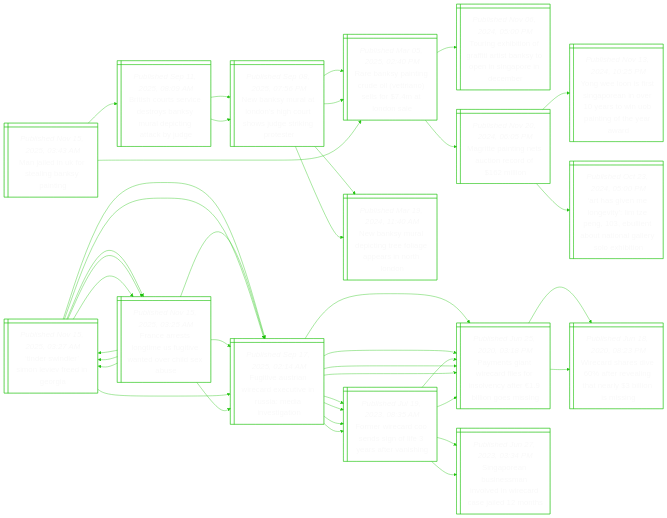
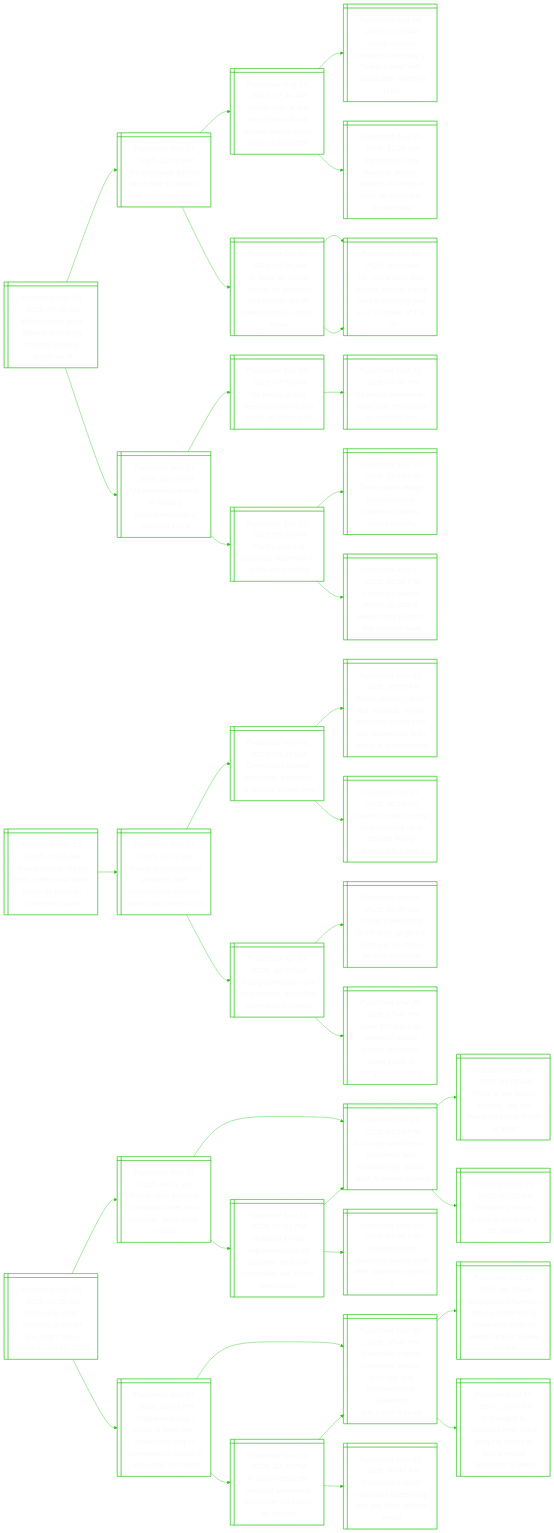
The diagram in README.md (notJmes/notJmes), drawn with Mermaid before and after one commit. The commit also changed other lines of this file, not shown here.

````diff
--- a/README.md
+++ b/README.md
@@ -16,130 +16,118 @@
 flowchart LR
 classDef txtsize font-size:20px;
 
-Minrlapi@{ shape: win-pane, label: "_Published Nov 15, 2025, 03:43 AM_
-Man jailed in uk for stealing banksy painting" }
-Bsrrdonueitye@{ shape: win-pane, label: "_Published Sep 11, 2025, 08:09 AM_
-British courts service destroys banksy mural depicting attack by judge" }
-Nnutogrwgips@{ shape: win-pane, label: "_Published Sep 08, 2025, 07:56 PM_
-New banksy mural at london’s high court shows judge striking protester" }
-Rapiulrsftoe@{ shape: win-pane, label: "_Published Mar 05, 2025, 02:40 PM_
-Rare banksy painting crude oil (vettriano) sells for $7.4m at london sale" }
-Nnueieipsrn@{ shape: win-pane, label: "_Published Mar 19, 2024, 11:40 AM_
-New banksy mural depicting tree foliage appears in north london" }
-Nnutogrwgips@{ shape: win-pane, label: "_Published Sep 08, 2025, 07:56 PM_
-New banksy mural at london’s high court shows judge striking protester" }
-Rapiulrsftoe@{ shape: win-pane, label: "_Published Mar 05, 2025, 02:40 PM_
-Rare banksy painting crude oil (vettriano) sells for $7.4m at london sale" }
-Nnueieipsrn@{ shape: win-pane, label: "_Published Mar 19, 2024, 11:40 AM_
-New banksy mural depicting tree foliage appears in north london" }
-Rapiulrsftoe@{ shape: win-pane, label: "_Published Mar 05, 2025, 02:40 PM_
-Rare banksy painting crude oil (vettriano) sells for $7.4m at london sale" }
-Tniortinoigecr@{ shape: win-pane, label: "_Published Nov 06, 2024, 05:00 PM_
-Touring exhibition of graffiti artist banksy to open in singapore in december" }
-Mtigaoomo@{ shape: win-pane, label: "_Published Nov 20, 2024, 06:05 PM_
-Magritte painting nets auction record of $162 million" }
-YenrnrnytUigea@{ shape: win-pane, label: "_Published Nov 13, 2024, 10:25 PM_
-Yong wee loon is first singaporean in over 10 years to win uob painting of the year award" }
-AsnntTnlttoayei@{ shape: win-pane, label: "_Published Oct 23, 2024, 05:00 PM_
-‘art has given me longevity’: lim tze peng, 103, ebullient about national gallery solo exhibition" }
+WHslalCsitt@{ shape: win-pane, label: "_Published Nov 15, 2025, 07:45 AM_
+White house says alibaba is helping chinese military target us: ft" }
+UrmsoafuT@{ shape: win-pane, label: "_Published Nov 14, 2025, 12:59 PM_
+Us approves $429m arms sale to taiwan, the first under trump" }
+Tsihiliealsen@{ shape: win-pane, label: "_Published Aug 16, 2025, 07:44 AM_
+Trump says xi told him china will not invade taiwan while he is us president" }
+TaeaZsmdisfegn@{ shape: win-pane, label: "_Published Aug 16, 2025, 07:20 AM_
+Trump advises ukraine’s zelensky to ‘make a deal’ with russia after meeting putin" }
+Asoeoawanawwns@{ shape: win-pane, label: "_Published Aug 15, 2025, 11:29 AM_
+Aggression only leads to defeat, taiwan’s lai ching-te says on world war anniversary" }
+XsioenneseuSK@{ shape: win-pane, label: "_Published Oct 30, 2025, 10:36 AM_
+Xi says us, china ‘should be partners and friends’ as he meets trump in south korea" }
+Unloehmsewne@{ shape: win-pane, label: "_Published Oct 30, 2025, 10:01 AM_
+Us, china seal deal on rare earths; trump says xi meeting was a 12 on scale of 1 to 10" }
+Unloehmsewne@{ shape: win-pane, label: "_Published Oct 30, 2025, 10:01 AM_
+Us, china seal deal on rare earths; trump says xi meeting was a 12 on scale of 1 to 10" }
+Umwoimdagwh@{ shape: win-pane, label: "_Published Sep 23, 2025, 02:07 PM_
+Us lawmaker warns of military ‘misunderstanding’ risk with china" }
+Usutmikois@{ shape: win-pane, label: "_Published Sep 22, 2025, 07:59 AM_
+Us house group meets premier li as it kicks off china visit" }
+Usmsrhioit@{ shape: win-pane, label: "_Published Sep 21, 2025, 04:46 PM_
+Us house lawmakers make rare china visit to stabilise ties" }
+Piibefintl@{ shape: win-pane, label: "_Published Sep 23, 2025, 05:00 AM_
+Pacific policing becomes new front in china-west rivalry" }
+Cpsarliosssi@{ shape: win-pane, label: "_Published Sep 12, 2025, 02:14 PM_
+China pilots village surveillance in solomon islands, seeks stability" }
+SoalUnwoitlat@{ shape: win-pane, label: "_Published Aug 07, 2025, 05:36 PM_
+Solomon islands blocks us, china, taiwan from pacific’s top political meet" }
 
-Minrlapi:::txtsize --> Bsrrdonueitye:::txtsize
-Bsrrdonueitye:::txtsize --> Nnutogrwgips:::txtsize
-Nnutogrwgips:::txtsize --> Rapiulrsftoe:::txtsize
-Nnutogrwgips:::txtsize --> Nnueieipsrn:::txtsize
-Bsrrdonueitye:::txtsize --> Nnutogrwgips:::txtsize
-Nnutogrwgips:::txtsize --> Rapiulrsftoe:::txtsize
-Nnutogrwgips:::txtsize --> Nnueieipsrn:::txtsize
-Minrlapi:::txtsize --> Rapiulrsftoe:::txtsize
-Rapiulrsftoe:::txtsize --> Tniortinoigecr:::txtsize
-Rapiulrsftoe:::txtsize --> Mtigaoomo:::txtsize
-Mtigaoomo:::txtsize --> YenrnrnytUigea:::txtsize
-Mtigaoomo:::txtsize --> AsnntTnlttoayei:::txtsize
+WHslalCsitt:::txtsize --> UrmsoafuT:::txtsize
+UrmsoafuT:::txtsize --> Tsihiliealsen:::txtsize
+Tsihiliealsen:::txtsize --> TaeaZsmdisfegn:::txtsize
+Tsihiliealsen:::txtsize --> Asoeoawanawwns:::txtsize
+UrmsoafuT:::txtsize --> XsioenneseuSK:::txtsize
+XsioenneseuSK:::txtsize --> Unloehmsewne:::txtsize
+XsioenneseuSK:::txtsize --> Unloehmsewne:::txtsize
+WHslalCsitt:::txtsize --> Umwoimdagwh:::txtsize
+Umwoimdagwh:::txtsize --> Usutmikois:::txtsize
+Usutmikois:::txtsize --> Usmsrhioit:::txtsize
+Umwoimdagwh:::txtsize --> Piibefintl:::txtsize
+Piibefintl:::txtsize --> Cpsarliosssi:::txtsize
+Piibefintl:::txtsize --> SoalUnwoitlat:::txtsize
 
-Trdiefir@{ shape: win-pane, label: "_Published Nov 15, 2025, 03:27 AM_
-‘tinder swindler’ simon leviev freed in georgia" }
-Fesnegeerdb@{ shape: win-pane, label: "_Published Nov 15, 2025, 03:25 AM_
-France arrests longtime us fugitive wanted over child sex abuse" }
-Trdiefir@{ shape: win-pane, label: "_Published Nov 15, 2025, 03:27 AM_
-‘tinder swindler’ simon leviev freed in georgia" }
-Fesnegeerdb@{ shape: win-pane, label: "_Published Nov 15, 2025, 03:25 AM_
-France arrests longtime us fugitive wanted over child sex abuse" }
-FisncxiRaast@{ shape: win-pane, label: "_Published Sep 17, 2025, 02:14 AM_
-Fugitive austrian wirecard executive in russia: media investigation" }
-FisncxiRaast@{ shape: win-pane, label: "_Published Sep 17, 2025, 02:14 AM_
-Fugitive austrian wirecard executive in russia: media investigation" }
-Pnardsnefinmn@{ shape: win-pane, label: "_Published Jun 25, 2020, 03:18 PM_
-Payments giant wirecard files for insolvency after €1.9 billion goes missing" }
-FrcOdnfreig@{ shape: win-pane, label: "_Published Jul 19, 2023, 08:35 AM_
-Former wirecard coo sends sign of life 3 years after vanishing" }
-FisncxiRaast@{ shape: win-pane, label: "_Published Sep 17, 2025, 02:14 AM_
-Fugitive austrian wirecard executive in russia: media investigation" }
-Pnardsnefinmn@{ shape: win-pane, label: "_Published Jun 25, 2020, 03:18 PM_
-Payments giant wirecard files for insolvency after €1.9 billion goes missing" }
-Waaitvntllsi@{ shape: win-pane, label: "_Published Jun 18, 2020, 08:23 PM_
-Wirecard shares dive 60% after revealing that nearly $3 billion is missing" }
-FrcOdnfreig@{ shape: win-pane, label: "_Published Jul 19, 2023, 08:35 AM_
-Former wirecard coo sends sign of life 3 years after vanishing" }
-Pnardsnefinmn@{ shape: win-pane, label: "_Published Jun 25, 2020, 03:18 PM_
-Payments giant wirecard files for insolvency after €1.9 billion goes missing" }
-Spnnaoiecams@{ shape: win-pane, label: "_Published Jun 27, 2023, 03:34 PM_
-Singaporean businessman involved in wirecard case jailed 12 months" }
+Tcasefdrsfocm@{ shape: win-pane, label: "_Published Nov 15, 2025, 07:18 AM_
+Trump cuts tariffs on beef, coffee and other foods as inflation concerns mount" }
+Taitreieoblfri@{ shape: win-pane, label: "_Published Nov 14, 2025, 10:11 AM_
+Trump administration prepares tariff exemptions in bid to lower food prices in us" }
+Drwialosdp@{ shape: win-pane, label: "_Published Nov 05, 2025, 09:46 AM_
+Democrats sweep first major elections of second trump term" }
+YMmnoihaiYilehpea@{ shape: win-pane, label: "_Published Nov 05, 2025, 10:55 AM_
+Young, muslim, asian and socialist: zohran mamdani’s new york win challenges both trump and democrats" }
+Ctywmaeiseary@{ shape: win-pane, label: "_Published Jul 15, 2025, 06:24 AM_
+Cuomo to stay in new york mayoral race despite losing democratic primary" }
+Ttfevhniiiss@{ shape: win-pane, label: "_Published Apr 03, 2025, 11:10 AM_
+Trump tariffs take aim everywhere, including uninhabited islands" }
+Tspaspadanop@{ shape: win-pane, label: "_Published Apr 03, 2025, 04:47 AM_
+Trump’s sweeping tariffs amp up global trade war as china, eu vow response" }
+OiaeqsenonBoH@{ shape: win-pane, label: "_Published Mar 28, 2025, 02:47 PM_
+Over 153 killed as powerful quake strikes myanmar, sows panic in bangkok and hanoi" }
 
-Trdiefir:::txtsize --> Fesnegeerdb:::txtsize
-Fesnegeerdb:::txtsize --> Trdiefir:::txtsize
-Trdiefir:::txtsize --> Fesnegeerdb:::txtsize
-Trdiefir:::txtsize --> FisncxiRaast:::txtsize
-Fesnegeerdb:::txtsize --> FisncxiRaast:::txtsize
-FisncxiRaast:::txtsize --> Pnardsnefinmn:::txtsize
-FisncxiRaast:::txtsize --> FrcOdnfreig:::txtsize
-Trdiefir:::txtsize --> FisncxiRaast:::txtsize
-FisncxiRaast:::txtsize --> Pnardsnefinmn:::txtsize
-Pnardsnefinmn:::txtsize --> Waaitvntllsi:::txtsize
-FisncxiRaast:::txtsize --> FrcOdnfreig:::txtsize
-FrcOdnfreig:::txtsize --> Pnardsnefinmn:::txtsize
-FrcOdnfreig:::txtsize --> Spnnaoiecams:::txtsize
+Tcasefdrsfocm:::txtsize --> Taitreieoblfri:::txtsize
+Taitreieoblfri:::txtsize --> Drwialosdp:::txtsize
+Drwialosdp:::txtsize --> YMmnoihaiYilehpea:::txtsize
+Drwialosdp:::txtsize --> Ctywmaeiseary:::txtsize
+Taitreieoblfri:::txtsize --> Ttfevhniiiss:::txtsize
+Ttfevhniiiss:::txtsize --> Tspaspadanop:::txtsize
+Ttfevhniiiss:::txtsize --> OiaeqsenonBoH:::txtsize
 
-Fesnegeerdb@{ shape: win-pane, label: "_Published Nov 15, 2025, 03:25 AM_
-France arrests longtime us fugitive wanted over child sex abuse" }
-Trdiefir@{ shape: win-pane, label: "_Published Nov 15, 2025, 03:27 AM_
-‘tinder swindler’ simon leviev freed in georgia" }
-Fesnegeerdb@{ shape: win-pane, label: "_Published Nov 15, 2025, 03:25 AM_
-France arrests longtime us fugitive wanted over child sex abuse" }
-Trdiefir@{ shape: win-pane, label: "_Published Nov 15, 2025, 03:27 AM_
-‘tinder swindler’ simon leviev freed in georgia" }
-FisncxiRaast@{ shape: win-pane, label: "_Published Sep 17, 2025, 02:14 AM_
-Fugitive austrian wirecard executive in russia: media investigation" }
-FisncxiRaast@{ shape: win-pane, label: "_Published Sep 17, 2025, 02:14 AM_
-Fugitive austrian wirecard executive in russia: media investigation" }
-Pnardsnefinmn@{ shape: win-pane, label: "_Published Jun 25, 2020, 03:18 PM_
-Payments giant wirecard files for insolvency after €1.9 billion goes missing" }
-FrcOdnfreig@{ shape: win-pane, label: "_Published Jul 19, 2023, 08:35 AM_
-Former wirecard coo sends sign of life 3 years after vanishing" }
-FisncxiRaast@{ shape: win-pane, label: "_Published Sep 17, 2025, 02:14 AM_
-Fugitive austrian wirecard executive in russia: media investigation" }
-Pnardsnefinmn@{ shape: win-pane, label: "_Published Jun 25, 2020, 03:18 PM_
-Payments giant wirecard files for insolvency after €1.9 billion goes missing" }
-Waaitvntllsi@{ shape: win-pane, label: "_Published Jun 18, 2020, 08:23 PM_
-Wirecard shares dive 60% after revealing that nearly $3 billion is missing" }
-FrcOdnfreig@{ shape: win-pane, label: "_Published Jul 19, 2023, 08:35 AM_
-Former wirecard coo sends sign of life 3 years after vanishing" }
-Pnardsnefinmn@{ shape: win-pane, label: "_Published Jun 25, 2020, 03:18 PM_
-Payments giant wirecard files for insolvency after €1.9 billion goes missing" }
-Spnnaoiecams@{ shape: win-pane, label: "_Published Jun 27, 2023, 03:34 PM_
-Singaporean businessman involved in wirecard case jailed 12 months" }
+WYresemhiN@{ shape: win-pane, label: "_Published Nov 15, 2025, 06:35 AM_
+While you were sleeping: 5 stories you might have missed, nov 15, 2025" }
+TcTamarlsWH@{ shape: win-pane, label: "_Published Nov 15, 2025, 04:21 AM_
+Trump calls thailand, cambodia after new clashes, says white house" }
+AmcnoniseeASt@{ shape: win-pane, label: "_Published Oct 26, 2025, 01:24 PM_
+As trump watches on, cambodia and thailand sign ‘peace deal’ at asean summit" }
+WssutreTsoa@{ shape: win-pane, label: "_Published Oct 26, 2025, 09:00 AM_
+What is the asean summit, the first event on trump’s tour of asia?" }
+TaoqSidl@{ shape: win-pane, label: "_Published Oct 25, 2025, 07:35 AM_
+Thailand’s former queen sirikit dead at 93: palace" }
+TahmeicfetbwnWn@{ shape: win-pane, label: "_Published Nov 11, 2025, 01:01 PM_
+Thailand to halt implementation of ceasefire deal with cambodia, will inform washington" }
+Talmaealij@{ shape: win-pane, label: "_Published Nov 10, 2025, 03:38 PM_
+Thailand halts cambodia peace deal after landmine injures 2" }
+AmcnoniseeASt@{ shape: win-pane, label: "_Published Oct 26, 2025, 01:24 PM_
+As trump watches on, cambodia and thailand sign ‘peace deal’ at asean summit" }
+IvhcteaipaeaieIs@{ shape: win-pane, label: "_Published Nov 14, 2025, 10:33 PM_
+‘i did everything i could to save her’: malaysian rapper namewee on death of influencer iris hsieh" }
+MsaNeiuavmnaiesh@{ shape: win-pane, label: "_Published Nov 02, 2025, 10:47 PM_
+Malaysian rapper namewee denies drug use and involvement in taiwanese influencer’s death" }
+Msnndeeaepaeuwd@{ shape: win-pane, label: "_Published Dec 19, 2024, 08:12 AM_
+Malaysian influencer ady hu detained by taiwanese cops for alleged fraud: taiwan media" }
+ceairryitidfce@{ shape: win-pane, label: "_Published Jul 17, 2024, 10:07 AM_
+2 charged in malaysia over cyber bullying linked to social media influencer’s death" }
+Ksayhisleshr@{ shape: win-pane, label: "_Published Nov 04, 2025, 12:20 PM_
+Kl cops reclassify death of taiwanese influencer iris hsieh as murder" }
+MsaNeiuavmnaiesh@{ shape: win-pane, label: "_Published Nov 02, 2025, 10:47 PM_
+Malaysian rapper namewee denies drug use and involvement in taiwanese influencer’s death" }
+MsaNeeggttat@{ shape: win-pane, label: "_Published Nov 03, 2025, 09:40 AM_
+Malaysian rapper namewee faces drug charges after october arrest" }
 
-Fesnegeerdb:::txtsize --> Trdiefir:::txtsize
-Trdiefir:::txtsize --> Fesnegeerdb:::txtsize
-Fesnegeerdb:::txtsize --> Trdiefir:::txtsize
-Fesnegeerdb:::txtsize --> FisncxiRaast:::txtsize
-Trdiefir:::txtsize --> FisncxiRaast:::txtsize
-FisncxiRaast:::txtsize --> Pnardsnefinmn:::txtsize
-FisncxiRaast:::txtsize --> FrcOdnfreig:::txtsize
-Fesnegeerdb:::txtsize --> FisncxiRaast:::txtsize
-FisncxiRaast:::txtsize --> Pnardsnefinmn:::txtsize
-Pnardsnefinmn:::txtsize --> Waaitvntllsi:::txtsize
-FisncxiRaast:::txtsize --> FrcOdnfreig:::txtsize
-FrcOdnfreig:::txtsize --> Pnardsnefinmn:::txtsize
-FrcOdnfreig:::txtsize --> Spnnaoiecams:::txtsize
+WYresemhiN:::txtsize --> TcTamarlsWH:::txtsize
+TcTamarlsWH:::txtsize --> AmcnoniseeASt:::txtsize
+AmcnoniseeASt:::txtsize --> WssutreTsoa:::txtsize
+AmcnoniseeASt:::txtsize --> TaoqSidl:::txtsize
+TcTamarlsWH:::txtsize --> TahmeicfetbwnWn:::txtsize
+TahmeicfetbwnWn:::txtsize --> Talmaealij:::txtsize
+TahmeicfetbwnWn:::txtsize --> AmcnoniseeASt:::txtsize
+WYresemhiN:::txtsize --> IvhcteaipaeaieIs:::txtsize
+IvhcteaipaeaieIs:::txtsize --> MsaNeiuavmnaiesh:::txtsize
+MsaNeiuavmnaiesh:::txtsize --> Msnndeeaepaeuwd:::txtsize
+MsaNeiuavmnaiesh:::txtsize --> ceairryitidfce:::txtsize
+IvhcteaipaeaieIs:::txtsize --> Ksayhisleshr:::txtsize
+Ksayhisleshr:::txtsize --> MsaNeiuavmnaiesh:::txtsize
+Ksayhisleshr:::txtsize --> MsaNeeggttat:::txtsize
 
 ```
````
